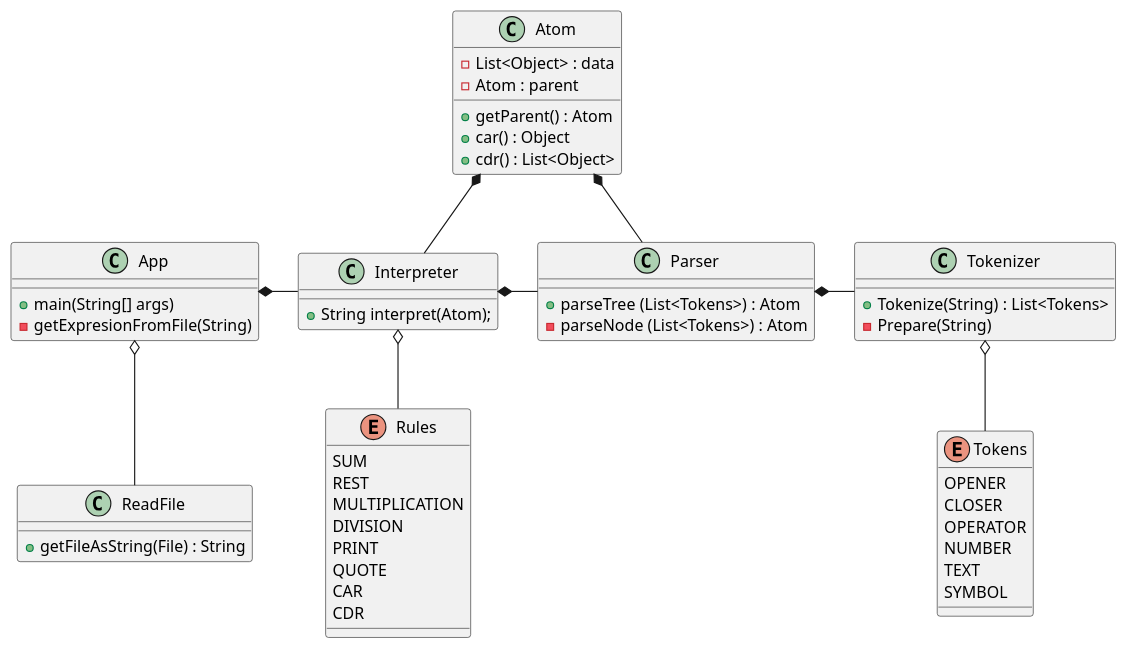
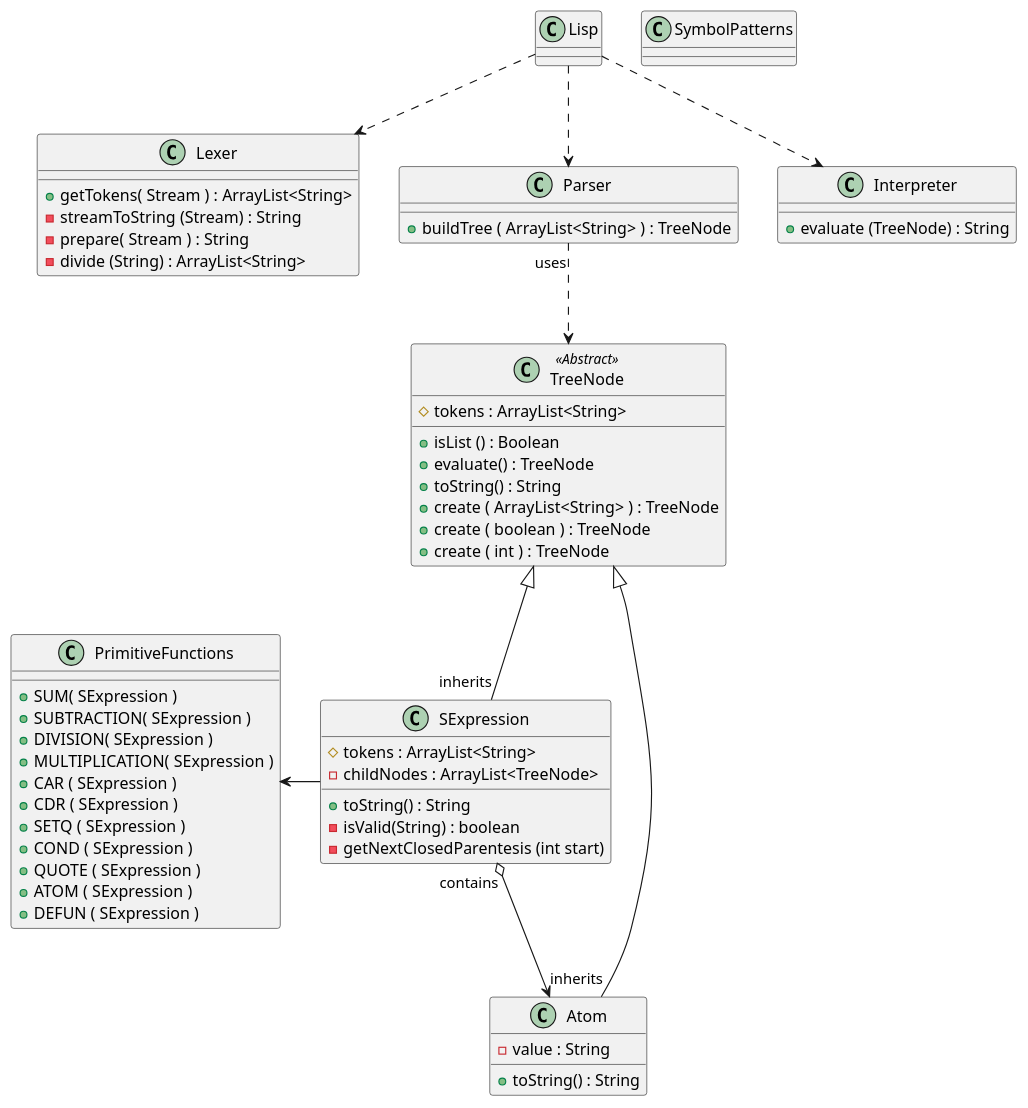
The diagram in classesUML.puml (DiegoLinares11/LISP-Project), drawn with PlantUML before and after one commit. The commit also changed 1 other file, not shown here.

Commit message:
UML classes version 1

```diff
--- a/classesUML.puml
+++ b/classesUML.puml
@@ -1,71 +1,81 @@
 @startuml
 'https://plantuml.com/class-diagram
 
-class App
+class Lisp
+class Lexer
+class Parser
 class Interpreter
-class Parser
-class Tokenizer
-class ReadFile
+
+Lisp ..> Lexer
+Lisp ..> Parser
+Lisp ..> Interpreter
+
+abstract class TreeNode
 class Atom
-enum Tokens
+class SExpression
 
-App *- Interpreter
-Interpreter *- Parser
-Interpreter o-- Rules
-Parser *- Tokenizer
-App o-- ReadFile
-Tokenizer o-- Tokens
-Atom *-- Interpreter
-Atom *-- Parser
+class PrimitiveFunctions
+class SymbolPatterns
 
-class App {
-    + main(String[] args)
-    - getExpresionFromFile(String)
-}
-class Interpreter {
-    + String interpret(Atom);
+Parser "uses" ..> TreeNode
+
+TreeNode <|-- "inherits" Atom
+TreeNode <|-- "inherits" SExpression
+SExpression "contains" o--> Atom
+ PrimitiveFunctions <- SExpression
+
+class Lexer {
+    + getTokens( Stream ) : ArrayList<String>
+    - streamToString (Stream) : String
+    - prepare( Stream ) : String
+    - divide (String) : ArrayList<String>
 }
 
 class Parser {
-    + parseTree (List<Tokens>) : Atom
-    - parseNode (List<Tokens>) : Atom
+    + buildTree ( ArrayList<String> ) : TreeNode
 }
 
-class Tokenizer {
-    + Tokenize(String) : List<Tokens>
-    - Prepare(String)
+class Interpreter {
+    + evaluate (TreeNode) : String
+}
+
+class TreeNode <<Abstract>>{
+    # tokens : ArrayList<String>
+    + isList () : Boolean
+    + evaluate() : TreeNode
+    + toString() : String
+    + create ( ArrayList<String> ) : TreeNode
+    + create ( boolean ) : TreeNode
+    + create ( int ) : TreeNode
+
 }
 
 class Atom {
-    - List<Object> : data
-    - Atom : parent
-    + getParent() : Atom
-    + car() : Object
-    + cdr() : List<Object>
+    - value : String
+    + toString() : String
 }
 
-class ReadFile {
-    + getFileAsString(File) : String
+class SExpression {
+    'Talvez los tokens no sen necesarios'
+    # tokens : ArrayList<String>
+    - childNodes : ArrayList<TreeNode>
+    + toString() : String
+    - isValid(String) : boolean
+    - getNextClosedParentesis (int start)
 }
 
-enum Rules{
-    SUM
-    REST
-    MULTIPLICATION
-    DIVISION
-    PRINT
-    QUOTE
-    CAR
-    CDR
+class PrimitiveFunctions{
+   + SUM( SExpression )
+   + SUBTRACTION( SExpression )
+   + DIVISION( SExpression )
+   + MULTIPLICATION( SExpression )
+   + CAR ( SExpression )
+   + CDR ( SExpression )
+   + SETQ ( SExpression )
+   + COND ( SExpression )
+   + QUOTE ( SExpression )
+   + ATOM ( SExpression )
+   + DEFUN ( SExpression )
+
 }
-
-enum Tokens {
-    OPENER
-    CLOSER
-    OPERATOR
-    NUMBER
-    TEXT
-    SYMBOL
-}
-
 @enduml
```
